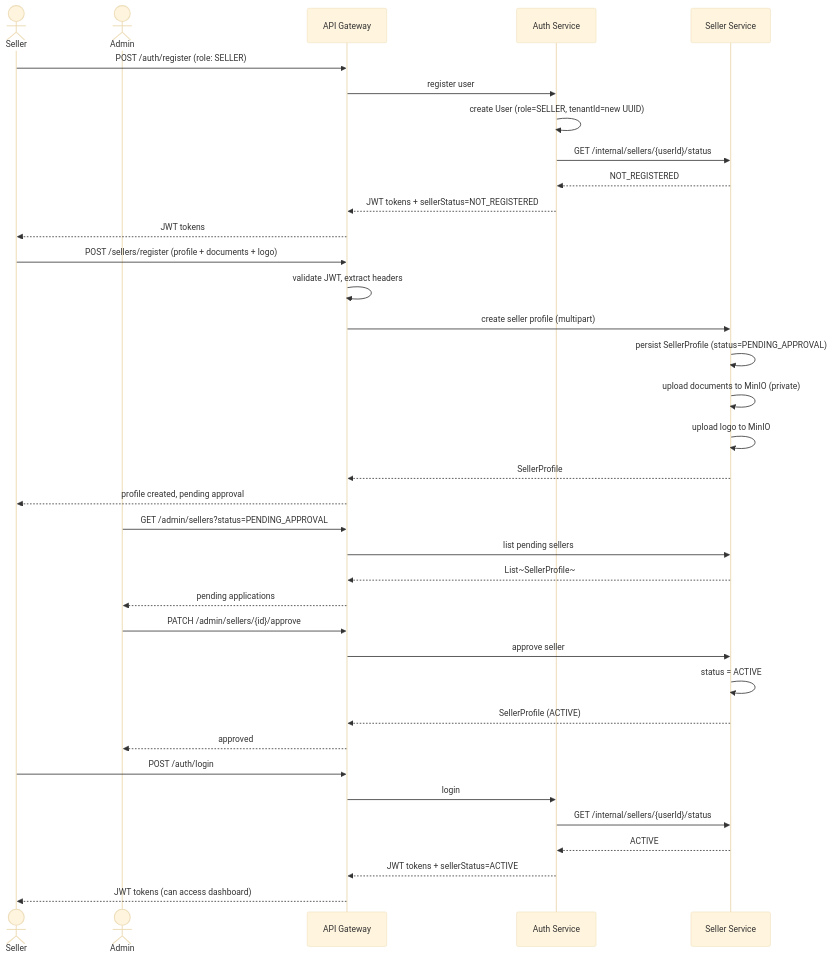
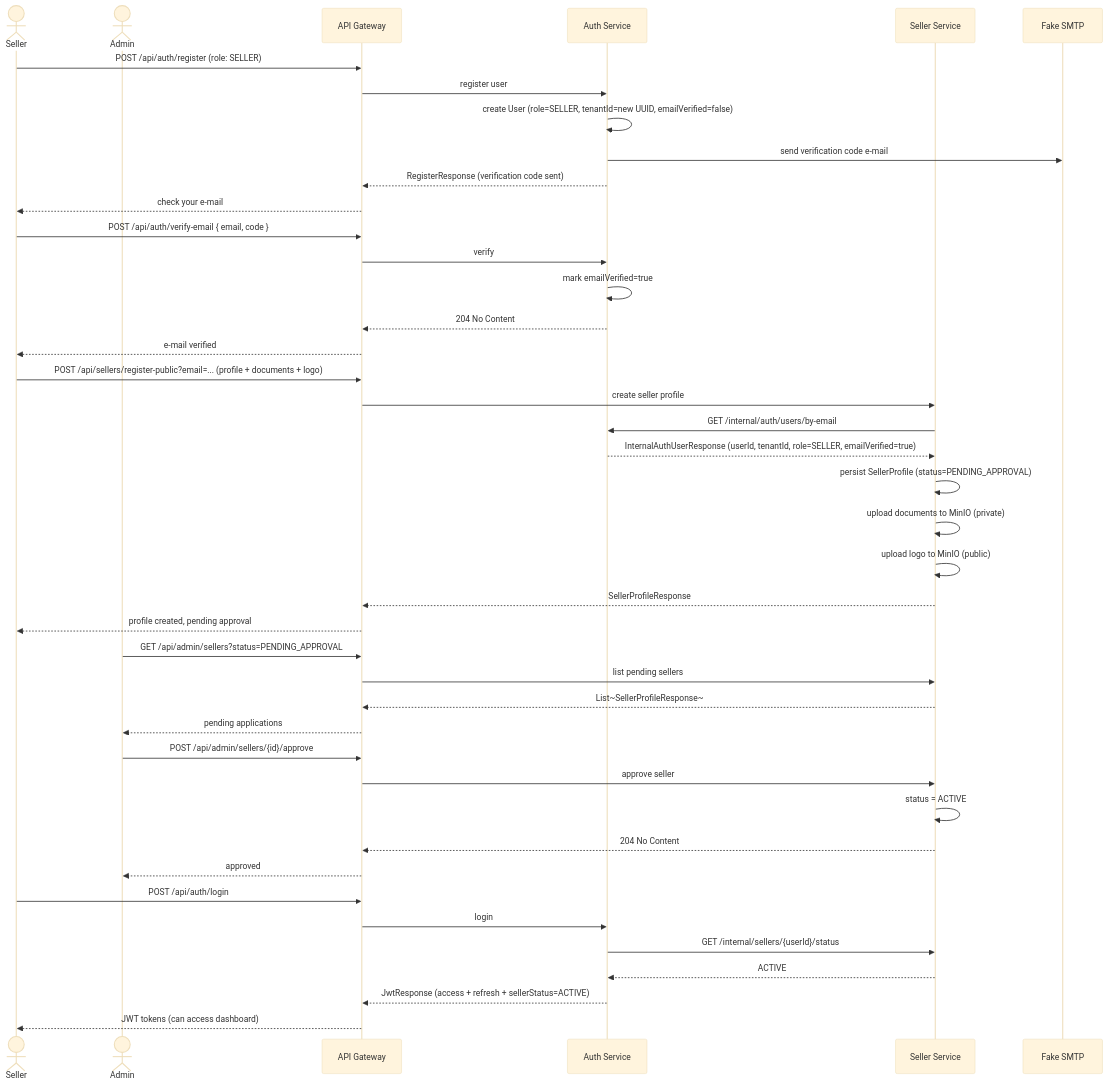
Before and after one commit to stefann5/marketplace: the diagram in diagrams/sequences/seller-registration-approval.md, drawn with Mermaid (base theme). The commit also changed 13 other files, not shown here.

````diff
--- a/diagrams/sequences/seller-registration-approval.md
+++ b/diagrams/sequences/seller-registration-approval.md
@@ -3,43 +3,50 @@
 ```mermaid
 sequenceDiagram
     actor Seller
     actor Admin
     participant GW as API Gateway
     participant AS as Auth Service
     participant SS as Seller Service
+    participant SMTP as Fake SMTP
 
-    Seller->>GW: POST /auth/register (role: SELLER)
+    Seller->>GW: POST /api/auth/register (role: SELLER)
     GW->>AS: register user
-    AS->>AS: create User (role=SELLER, tenantId=new UUID)
-    AS->>SS: GET /internal/sellers/{userId}/status
-    SS-->>AS: NOT_REGISTERED
-    AS-->>GW: JWT tokens + sellerStatus=NOT_REGISTERED
-    GW-->>Seller: JWT tokens
+    AS->>AS: create User (role=SELLER, tenantId=new UUID, emailVerified=false)
+    AS->>SMTP: send verification code e-mail
+    AS-->>GW: RegisterResponse (verification code sent)
+    GW-->>Seller: check your e-mail
 
-    Seller->>GW: POST /sellers/register (profile + documents + logo)
-    GW->>GW: validate JWT, extract headers
-    GW->>SS: create seller profile (multipart)
+    Seller->>GW: POST /api/auth/verify-email { email, code }
+    GW->>AS: verify
+    AS->>AS: mark emailVerified=true
+    AS-->>GW: 204 No Content
+    GW-->>Seller: e-mail verified
+
+    Seller->>GW: POST /api/sellers/register-public?email=... (profile + documents + logo)
+    GW->>SS: create seller profile
+    SS->>AS: GET /internal/auth/users/by-email
+    AS-->>SS: InternalAuthUserResponse (userId, tenantId, role=SELLER, emailVerified=true)
     SS->>SS: persist SellerProfile (status=PENDING_APPROVAL)
     SS->>SS: upload documents to MinIO (private)
-    SS->>SS: upload logo to MinIO
-    SS-->>GW: SellerProfile
+    SS->>SS: upload logo to MinIO (public)
+    SS-->>GW: SellerProfileResponse
     GW-->>Seller: profile created, pending approval
 
-    Admin->>GW: GET /admin/sellers?status=PENDING_APPROVAL
+    Admin->>GW: GET /api/admin/sellers?status=PENDING_APPROVAL
     GW->>SS: list pending sellers
-    SS-->>GW: List~SellerProfile~
+    SS-->>GW: List~SellerProfileResponse~
     GW-->>Admin: pending applications
 
-    Admin->>GW: PATCH /admin/sellers/{id}/approve
+    Admin->>GW: POST /api/admin/sellers/{id}/approve
     GW->>SS: approve seller
     SS->>SS: status = ACTIVE
-    SS-->>GW: SellerProfile (ACTIVE)
+    SS-->>GW: 204 No Content
     GW-->>Admin: approved
 
-    Seller->>GW: POST /auth/login
+    Seller->>GW: POST /api/auth/login
     GW->>AS: login
     AS->>SS: GET /internal/sellers/{userId}/status
     SS-->>AS: ACTIVE
-    AS-->>GW: JWT tokens + sellerStatus=ACTIVE
+    AS-->>GW: JwtResponse (access + refresh + sellerStatus=ACTIVE)
     GW-->>Seller: JWT tokens (can access dashboard)
 ```
````
